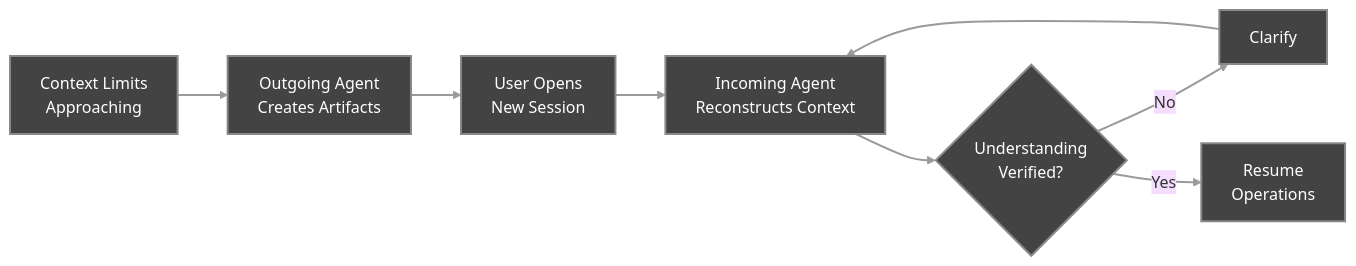
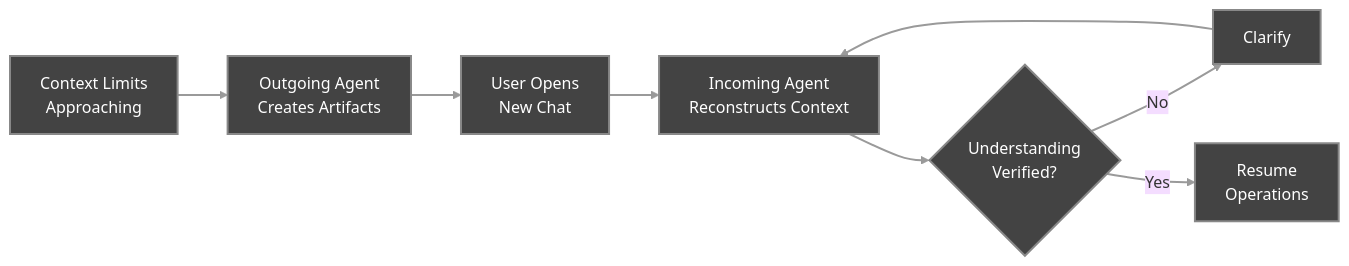
Before and after one commit to sdi2200262/agentic-project-management: the third of 3 diagrams in docs/Workflow_Overview.md, drawn with Mermaid (base theme). The commit also changed other lines of this file and 28 other files, not shown here.

````diff
--- a/docs/Workflow_Overview.md
+++ b/docs/Workflow_Overview.md
@@ -216,13 +216,13 @@
 ```mermaid
 graph LR
     A[Context Limits<br/>Approaching] --> B[Outgoing Agent<br/>Creates Artifacts]
-    B --> C[User Opens<br/>New Session]
+    B --> C[User Opens<br/>New Chat]
     C --> D[Incoming Agent<br/>Reconstructs Context]
     D --> E{Understanding<br/>Verified?}
     E -->|No| F[Clarify]
     F --> D
     E -->|Yes| G[Resume<br/>Operations]
 
     classDef default fill:#434343,stroke:#888888,stroke-width:2px,color:#ffffff
     linkStyle default stroke:#9A9A9A,stroke-width:2px
 ```
````
